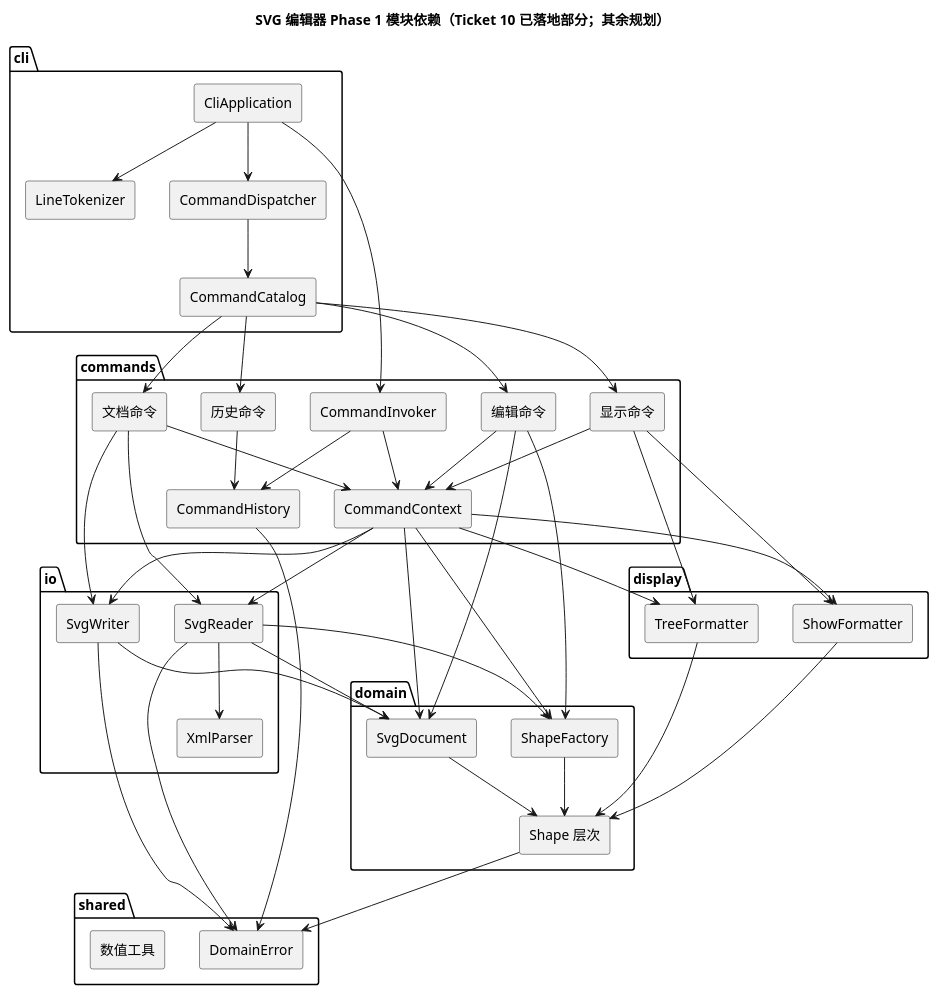
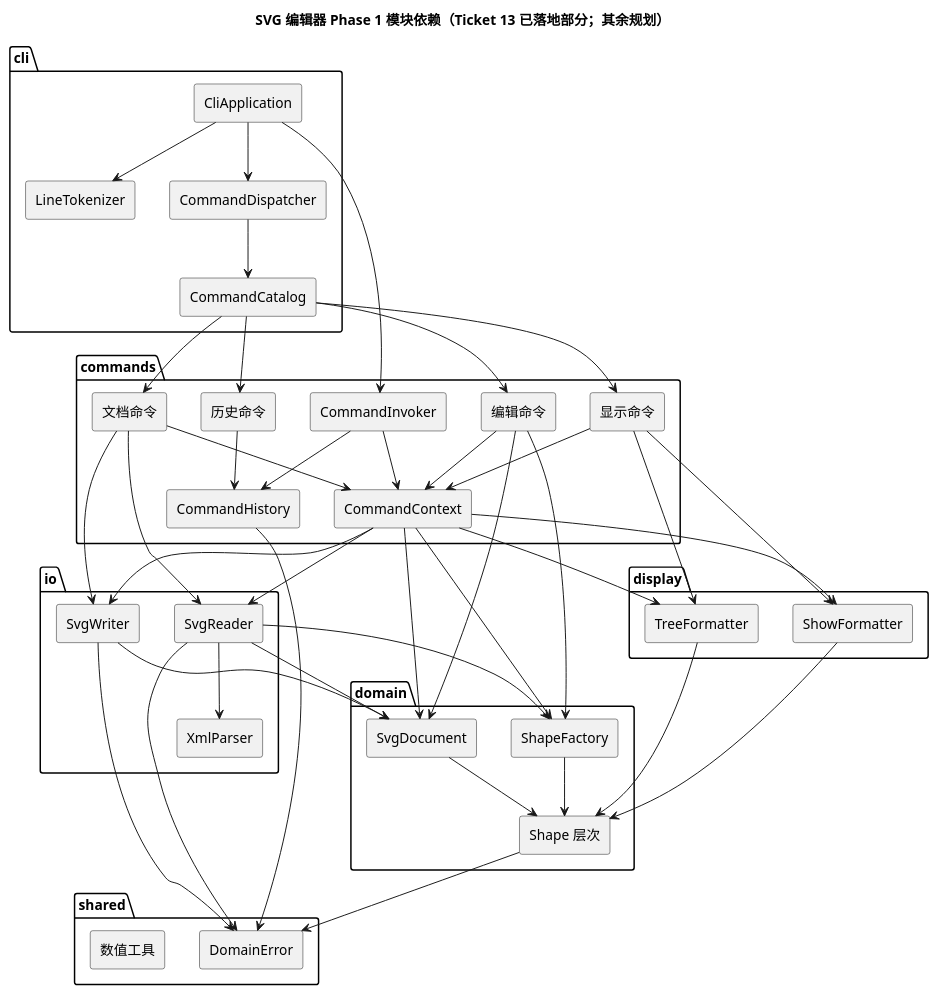
The diagram in doc/architecture.puml (NQC233/svg-editor-lab1), drawn with PlantUML before and after one commit. The commit also changed 5 other files, not shown here.

```diff
--- a/doc/architecture.puml
+++ b/doc/architecture.puml
@@ -1,82 +1,82 @@
 @startuml
 skinparam componentStyle rectangle
-title SVG 编辑器 Phase 1 模块依赖（Ticket 10 已落地部分；其余规划）
+title SVG 编辑器 Phase 1 模块依赖（Ticket 13 已落地部分；其余规划）
 
 package "cli" {
   [CliApplication]
   [CommandDispatcher]
   [CommandCatalog]
   [LineTokenizer]
 }
 
 package "commands" {
   [CommandInvoker]
   [CommandHistory]
   [CommandContext]
   [编辑命令]
   [文档命令]
   [显示命令]
   [历史命令]
 }
 
 package "domain" {
   [SvgDocument]
   [Shape 层次]
   [ShapeFactory]
 }
 
 package "io" {
   [SvgReader]
   [SvgWriter]
   [XmlParser]
 }
 
 package "display" {
   [TreeFormatter]
   [ShowFormatter]
 }
 
 package "shared" {
   [DomainError]
   [数值工具]
 }
 
 [CliApplication] --> [LineTokenizer]
 [CliApplication] --> [CommandDispatcher]
 [CliApplication] --> [CommandInvoker]
 [CommandDispatcher] --> [CommandCatalog]
 [CommandCatalog] --> [编辑命令]
 [CommandCatalog] --> [文档命令]
 [CommandCatalog] --> [显示命令]
 [CommandCatalog] --> [历史命令]
 [CommandInvoker] --> [CommandHistory]
 [CommandInvoker] --> [CommandContext]
 [编辑命令] --> [CommandContext]
 [文档命令] --> [CommandContext]
 [显示命令] --> [CommandContext]
 [历史命令] --> [CommandHistory]
 [CommandContext] --> [SvgDocument]
 [CommandContext] --> [SvgReader]
 [CommandContext] --> [SvgWriter]
 [CommandContext] --> [TreeFormatter]
 [CommandContext] --> [ShowFormatter]
 [CommandContext] --> [ShapeFactory]
 [编辑命令] --> [SvgDocument]
 [编辑命令] --> [ShapeFactory]
 [文档命令] --> [SvgReader]
 [文档命令] --> [SvgWriter]
 [显示命令] --> [TreeFormatter]
 [显示命令] --> [ShowFormatter]
 [SvgReader] --> [XmlParser]
 [SvgReader] --> [SvgDocument]
 [SvgReader] --> [ShapeFactory]
 [SvgWriter] --> [SvgDocument]
 [TreeFormatter] --> [Shape 层次]
 [ShowFormatter] --> [Shape 层次]
 [ShapeFactory] --> [Shape 层次]
 [SvgDocument] --> [Shape 层次]
 [Shape 层次] --> [DomainError]
 [SvgReader] --> [DomainError]
 [SvgWriter] --> [DomainError]
 [CommandHistory] --> [DomainError]
 @enduml
```
